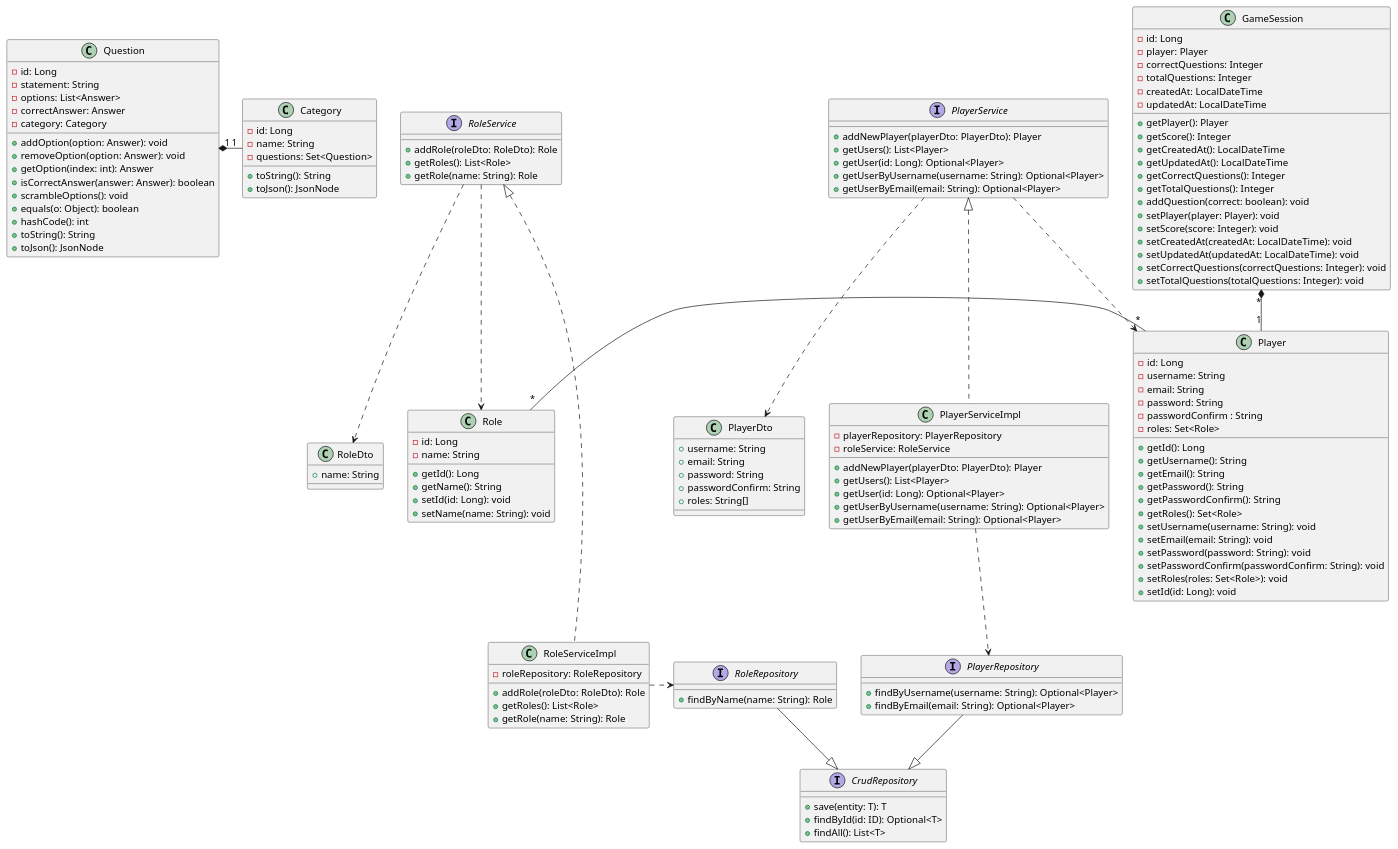
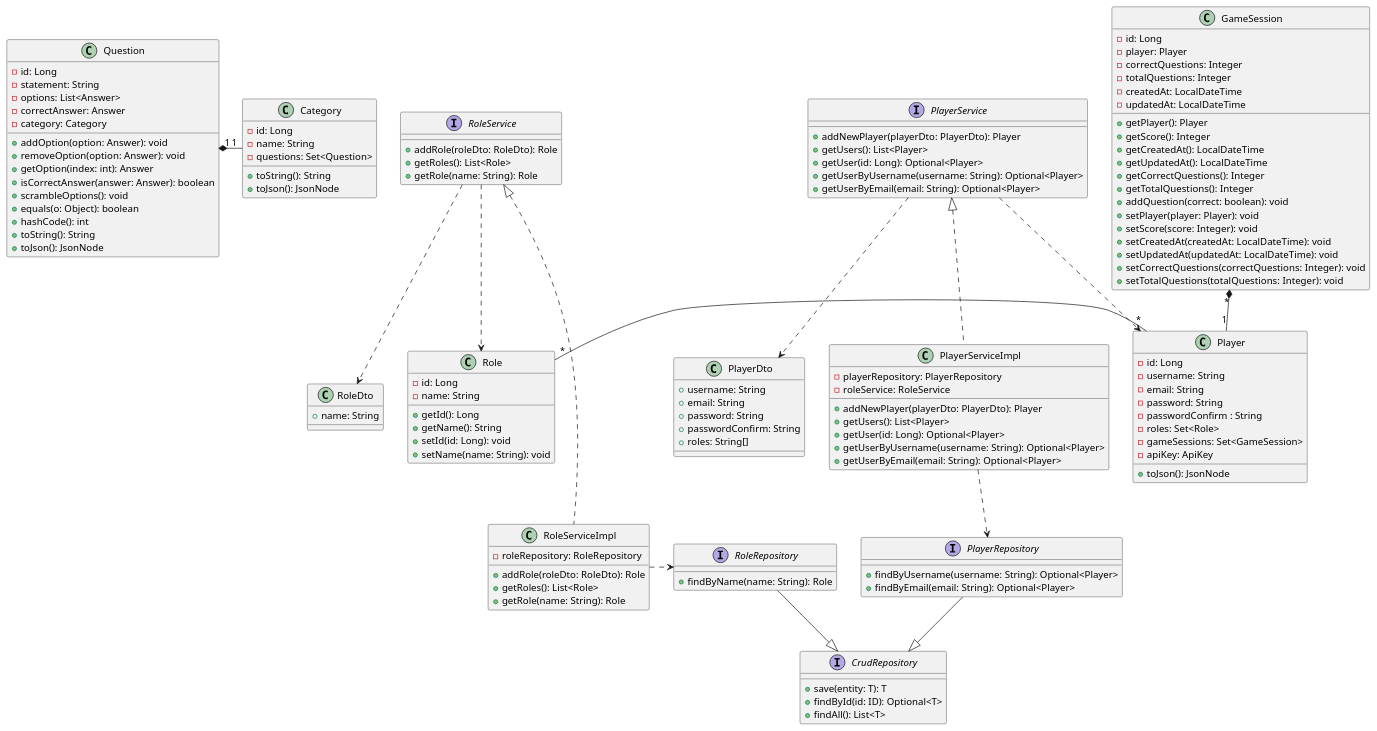
The first of 2 diagrams in docs/src/08_concepts.adoc (Arquisoft/wiq_es04b), drawn with PlantUML before and after one commit.

Commit message:
Player actualizado

```diff
--- a/docs/src/08_concepts.adoc
+++ b/docs/src/08_concepts.adoc
@@ -45,18 +45,9 @@
   - password: String
   - passwordConfirm : String
   - roles: Set<Role>
-  + getId(): Long
-  + getUsername(): String
-  + getEmail(): String
-  + getPassword(): String
-  + getPasswordConfirm(): String
-  + getRoles(): Set<Role>
-  + setUsername(username: String): void
-  + setEmail(email: String): void
-  + setPassword(password: String): void
-  + setPasswordConfirm(passwordConfirm: String): void
-  + setRoles(roles: Set<Role>): void
-  + setId(id: Long): void
+  - gameSessions: Set<GameSession>
+  - apiKey: ApiKey
+  + toJson(): JsonNode
 }
 
 class GameSession {
```
